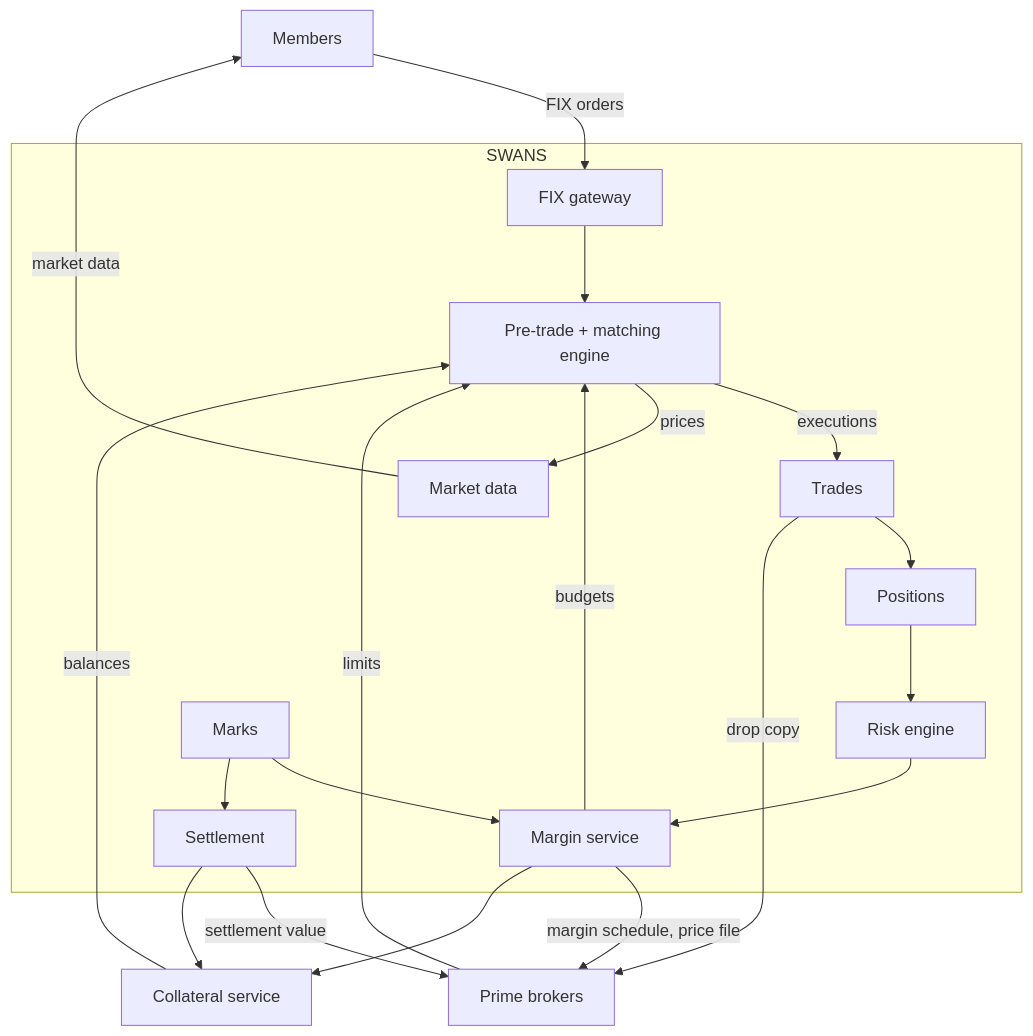
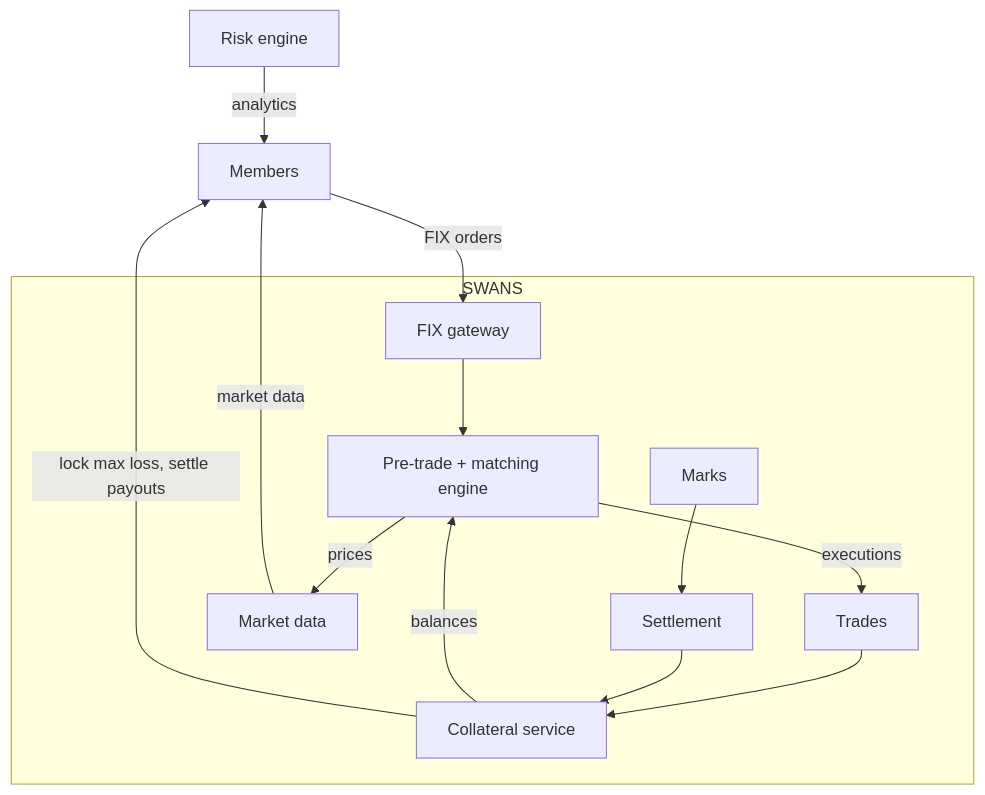
The first of 8 diagrams in docs/diagrams.md (LevonDerma1221/swans-docs), drawn with Mermaid before and after one commit. The commit also changed other lines of this file and 9 other files, not shown here.

First line of the commit message:
Full collateral as sole launch mode: no VM, no PB dependency, margin in shadow mode

````diff
--- a/docs/diagrams.md
+++ b/docs/diagrams.md
@@ -7,25 +7,18 @@
 ```mermaid
 flowchart TB
   MEM[Members] -->|FIX orders| GW[FIX gateway]
 
   subgraph SWANS
     GW --> ENG[Pre-trade + matching engine]
     ENG -->|executions| TR[Trades]
     ENG -->|prices| MD[Market data]
-    TR --> POS[Positions]
-    POS --> RISK[Risk engine]
-    RISK --> MGN[Margin service]
-    MGN -->|budgets| ENG
-    MK[Marks] --> MGN
-    MK --> SET[Settlement]
+    TR --> COL[Collateral service]
+    COL -->|balances| ENG
+    MK[Marks] --> SET[Settlement]
+    SET --> COL
   end
 
   MD -->|market data| MEM
-  MGN -->|margin schedule, price file| PB[Prime brokers]
-  TR -->|drop copy| PB
-  SET -->|settlement value| PB
-  PB -->|limits| ENG
-  COL[Collateral service] -->|balances| ENG
-  SET --> COL
-  MGN --> COL
+  COL -->|lock max loss, settle payouts| MEM
+  RISK[Risk engine] -->|analytics| MEM
 ```
````
